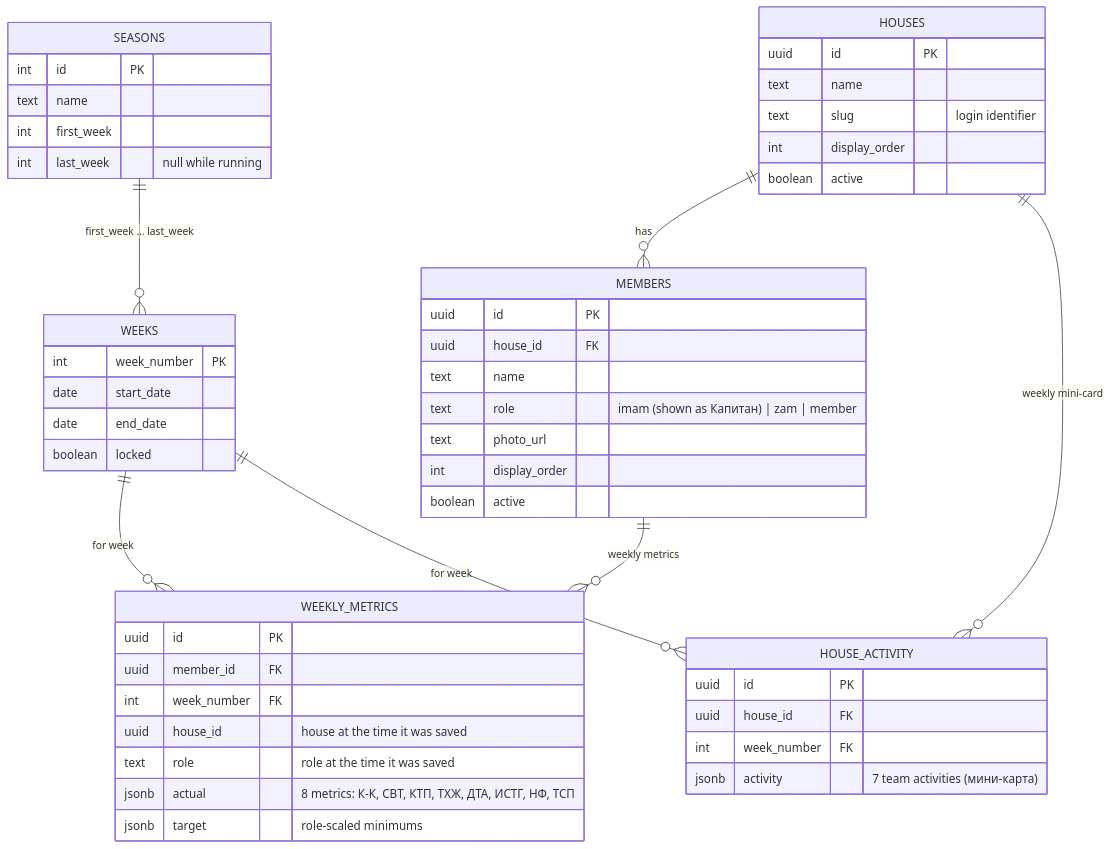
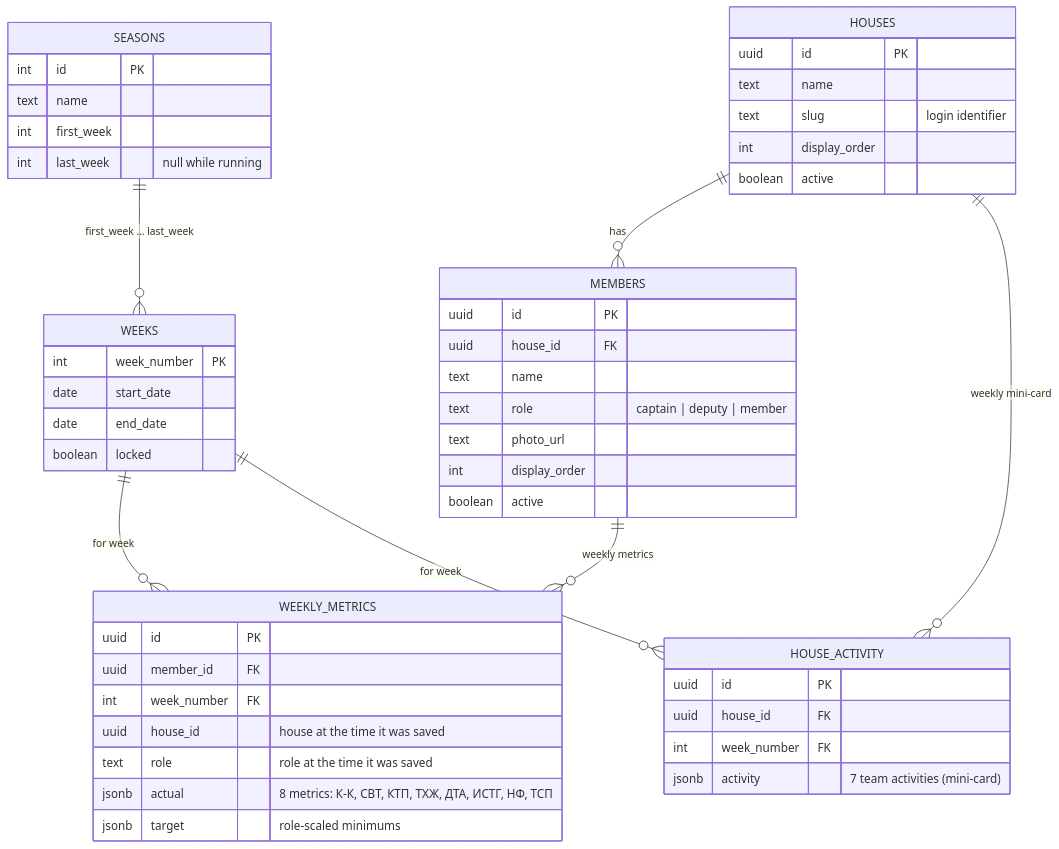
The third of 3 diagrams in README.md (nurmuhammedkanybekov/tdJamaat-v2), drawn with Mermaid before and after one commit. The commit also changed other lines of this file, not shown here.

````diff
--- a/README.md
+++ b/README.md
@@ -238,53 +235,53 @@
 ```mermaid
 erDiagram
     SEASONS ||--o{ WEEKS : "first_week … last_week"
     HOUSES ||--o{ MEMBERS : has
     HOUSES ||--o{ HOUSE_ACTIVITY : "weekly mini-card"
     MEMBERS ||--o{ WEEKLY_METRICS : "weekly metrics"
     WEEKS ||--o{ WEEKLY_METRICS : "for week"
     WEEKS ||--o{ HOUSE_ACTIVITY : "for week"
 
     SEASONS {
         int id PK
         text name
         int first_week
         int last_week "null while running"
     }
     HOUSES {
         uuid id PK
         text name
         text slug "login identifier"
         int display_order
         boolean active
     }
     MEMBERS {
         uuid id PK
         uuid house_id FK
         text name
-        text role "imam (shown as Капитан) | zam | member"
+        text role "captain | deputy | member"
         text photo_url
         int display_order
         boolean active
     }
     WEEKS {
         int week_number PK
         date start_date
         date end_date
         boolean locked
     }
     WEEKLY_METRICS {
         uuid id PK
         uuid member_id FK
         int week_number FK
         uuid house_id "house at the time it was saved"
         text role "role at the time it was saved"
         jsonb actual "8 metrics: К-К, СВТ, КТП, ТХЖ, ДТА, ИСТГ, НФ, ТСП"
         jsonb target "role-scaled minimums"
     }
     HOUSE_ACTIVITY {
         uuid id PK
         uuid house_id FK
         int week_number FK
-        jsonb activity "7 team activities (мини-карта)"
+        jsonb activity "7 team activities (mini-card)"
     }
 ```
````
